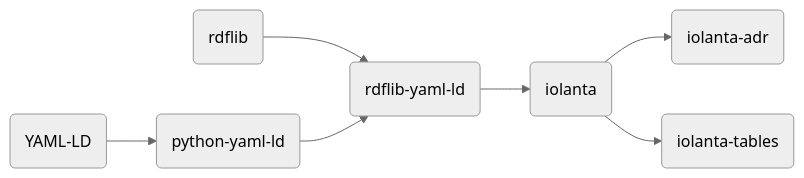
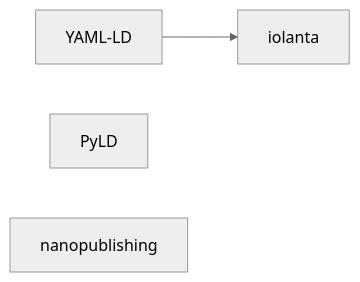
One commit to anatoly-scherbakov/yeti.sh changed the diagram in docs/projects/index.md. Above: the diagram before and after it, drawn with Mermaid (neutral theme). The commit also changed other lines of this file, not shown here.

````diff
--- a/docs/projects/index.md
+++ b/docs/projects/index.md
@@ -14,14 +14,11 @@
 ```mermaid
 graph LR
-    rdflib("rdflib") --> rdflibyamlld
-    yamlld("YAML-LD") --> pythonyamlld("python-yaml-ld") --> rdflibyamlld("rdflib-yaml-ld") --> iolanta("iolanta") --> adr("iolanta-adr")
-    iolanta --> tables("iolanta-tables")
+    yamlld["YAML-LD"] --> iolanta["iolanta"]
+    pyld["PyLD"]
+    nanopub["nanopublishing"]
 
-    click rdflib "https://rdflib.dev"
-    click rdflibyamlld "https://github.com/iolanta-tech/rdflib-yaml-ld"
-    click yamlld "https://github.com/json-ld/yaml-ld"
-    click pythonyamlld "https://github.com/iolanta-tech/python-yaml-ld"
+    click yamlld "https://www.w3.org/TR/yaml-ld/"
     click iolanta "https://iolanta.tech"
-    click adr "https://adr.iolanta.tech"
-    click tables "https://tables.iolanta.tech"
+    click pyld "https://github.com/digitalbazaar/pyld"
+    click nanopub "https://nanopublishing.iolanta.tech"
 ```
````
